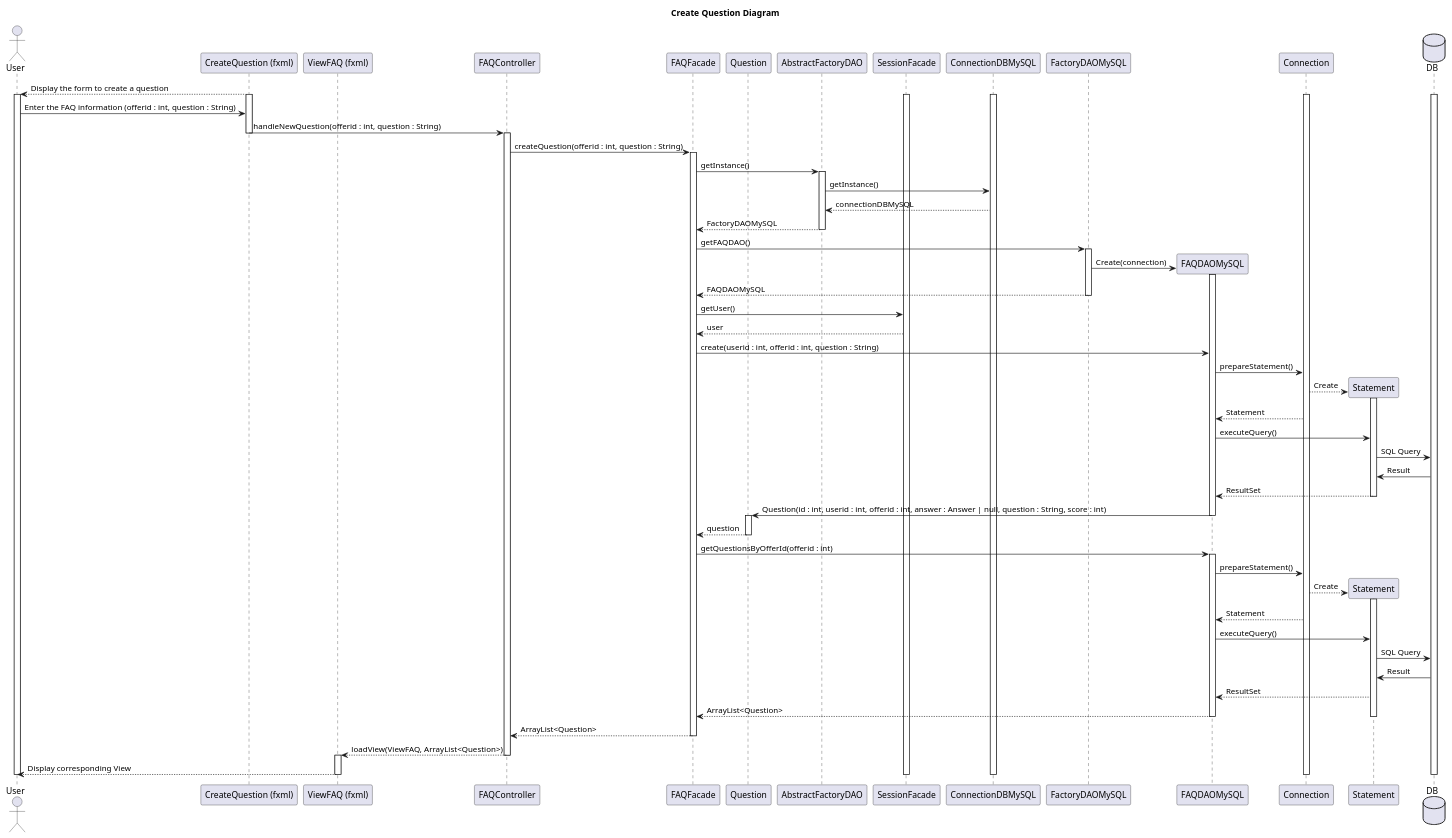
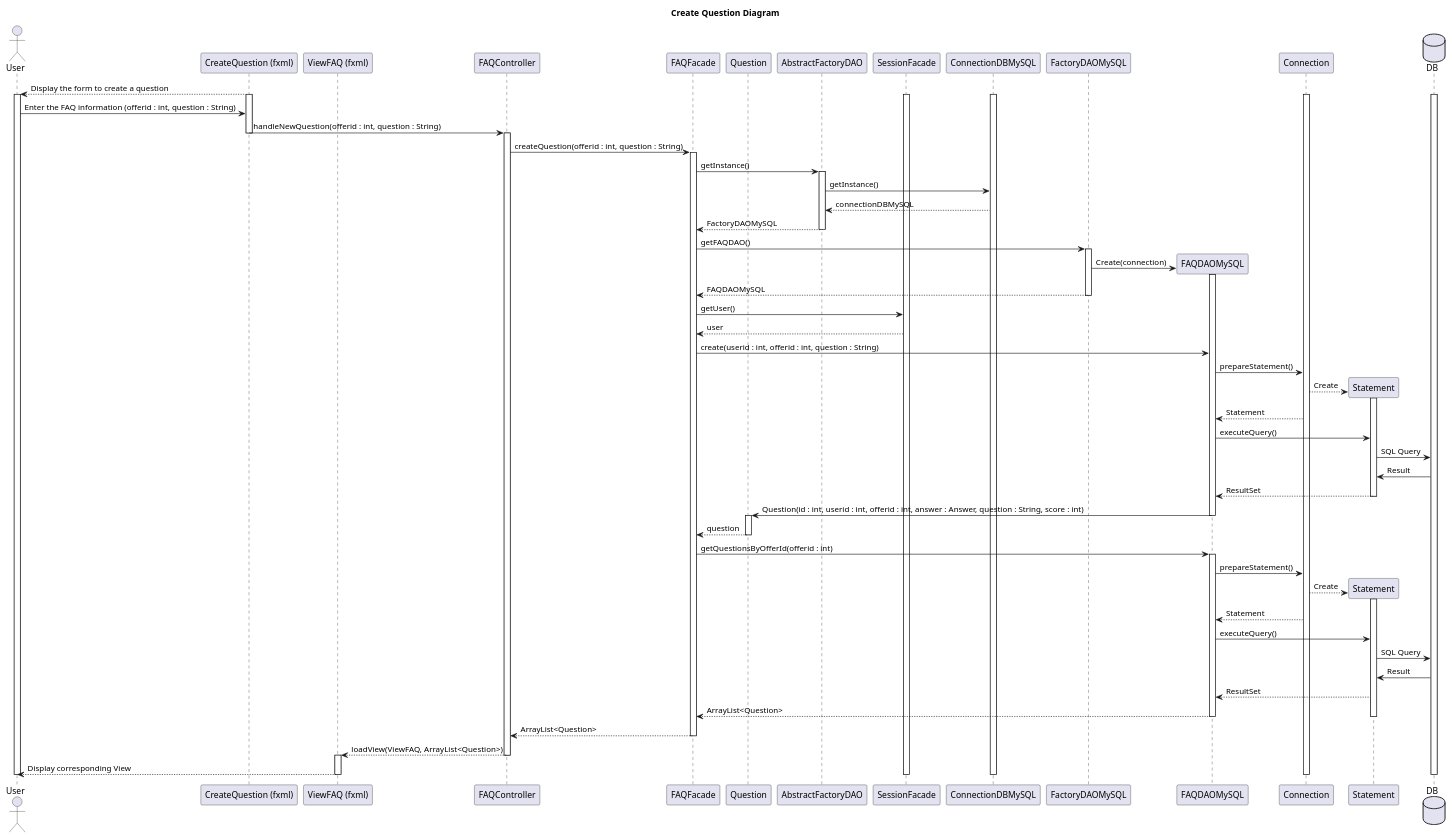
The diagram in documents/diagram/FAQ/FAQSequence.puml (LaunoisRemy/ToolShare), drawn with PlantUML before and after one commit. The commit also changed 1 other file, not shown here.

Commit message:
ADD Class diagram and FIX sequence

```diff
--- a/documents/diagram/FAQ/FAQSequence.puml
+++ b/documents/diagram/FAQ/FAQSequence.puml
@@ -1,145 +1,145 @@
 @startuml
 title Create Question Diagram
 
 actor User
 participant "CreateQuestion (fxml)"
 participant "ViewFAQ (fxml)"
 participant FAQController
 participant FAQFacade
 participant Question
 participant AbstractFactoryDAO
 participant SessionFacade
 participant ConnectionDBMySQL
 participant FactoryDAOMySQL
 participant FAQDAOMySQL
 participant Connection
 participant Statement
 database DB
 
 
 "CreateQuestion (fxml)"-->User: Display the form to create a question
 
 activate "CreateQuestion (fxml)"
 activate User
 activate DB
 activate Connection
 activate ConnectionDBMySQL
 activate SessionFacade
 
 
 User->"CreateQuestion (fxml)":Enter the FAQ information (offerid : int, question : String)
 
 "CreateQuestion (fxml)"->FAQController: handleNewQuestion(offerid : int, question : String)
 
 deactivate "CreateQuestion (fxml)"
 
 activate FAQController
 
 FAQController->FAQFacade:createQuestion(offerid : int, question : String)
 
 activate FAQFacade
 
 FAQFacade->AbstractFactoryDAO:getInstance()
 
 activate AbstractFactoryDAO
 
 AbstractFactoryDAO -> ConnectionDBMySQL : getInstance()
 
 AbstractFactoryDAO <-- ConnectionDBMySQL : connectionDBMySQL
 
 AbstractFactoryDAO--> FAQFacade : FactoryDAOMySQL
 
 deactivate AbstractFactoryDAO
 
 FAQFacade -> FactoryDAOMySQL:getFAQDAO()
 
 activate FactoryDAOMySQL
 
 FactoryDAOMySQL->FAQDAOMySQL **:Create(connection)
 
 activate FAQDAOMySQL
 
 FactoryDAOMySQL-->FAQFacade:FAQDAOMySQL
 
 deactivate FactoryDAOMySQL
 
 FAQFacade->SessionFacade: getUser()
 
 SessionFacade-->FAQFacade: user
 
 FAQFacade->FAQDAOMySQL: create(userid : int, offerid : int, question : String)
 
 FAQDAOMySQL->Connection: prepareStatement()
 
 Connection-->Statement **: Create
 
 activate Statement
 
 Connection-->FAQDAOMySQL: Statement
 
 FAQDAOMySQL->Statement:executeQuery()
 
 Statement->DB: SQL Query
 
 DB->Statement:Result
 
 Statement-->FAQDAOMySQL: ResultSet
 
 deactivate Statement
 
-FAQDAOMySQL->Question: Question(id : int, userid : int, offerid : int, answer : Answer | null, question : String, score : int)
+FAQDAOMySQL->Question: Question(id : int, userid : int, offerid : int, answer : Answer, question : String, score : int)
 
 deactivate FAQDAOMySQL
 
 activate Question
 
 Question-->FAQFacade: question
 
 deactivate Question
 
 FAQFacade->FAQDAOMySQL: getQuestionsByOfferId(offerid : int)
 
 activate FAQDAOMySQL
 
 FAQDAOMySQL->Connection: prepareStatement()
 
 Connection-->Statement **: Create
 
 activate Statement
 
 Connection-->FAQDAOMySQL: Statement
 
 FAQDAOMySQL->Statement:executeQuery()
 
 Statement->DB: SQL Query
 
 DB->Statement:Result
 
 Statement-->FAQDAOMySQL: ResultSet
 
 FAQDAOMySQL-->FAQFacade: ArrayList<Question>
 
 deactivate FAQDAOMySQL
 
 deactivate Statement
 
 FAQFacade-->FAQController: ArrayList<Question>
 
 deactivate FAQFacade
 
 FAQController-->"ViewFAQ (fxml)": loadView(ViewFAQ, ArrayList<Question>)
 
 deactivate FAQController
 
 activate "ViewFAQ (fxml)"
 
 "ViewFAQ (fxml)"-->User: Display corresponding View
 
 deactivate SessionFacade
 deactivate "ViewFAQ (fxml)"
 deactivate DB
 deactivate User
 deactivate ConnectionDBMySQL
 deactivate Connection
 
 @enduml
```
